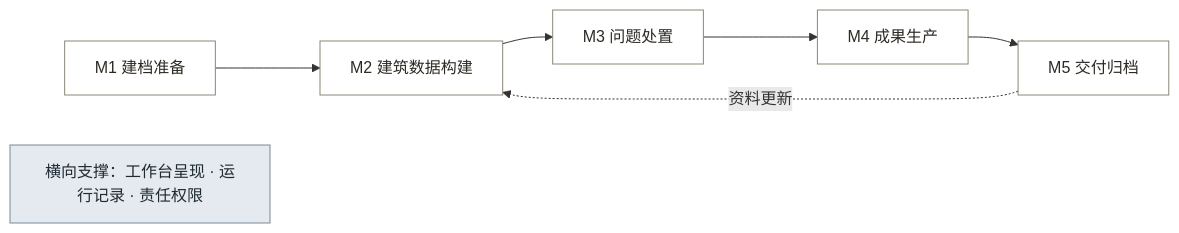
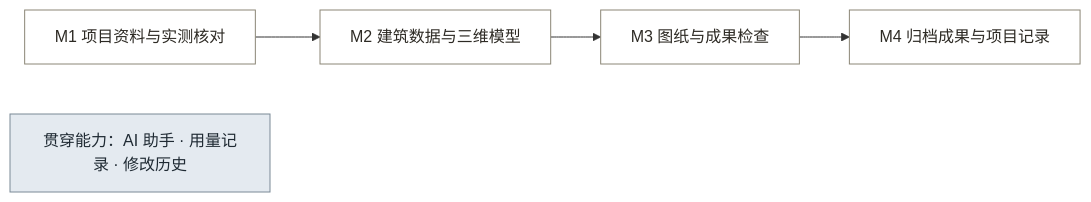
The third of 3 diagrams in 文档/01_产品/01_核心PRD.md (jiajiajiang91-design/heritage-survey-workbench), drawn with Mermaid before and after one commit. The commit also changed other lines of this file and 27 other files, not shown here.

````diff
--- a/文档/01_产品/01_核心PRD.md
+++ b/文档/01_产品/01_核心PRD.md
@@ -232,15 +210,12 @@
 ```mermaid
 flowchart LR
-    M1["M1 建档准备"] --> M2["M2 建筑数据构建"]
-    M2 --> M3["M3 问题处置"]
-    M3 --> M4["M4 成果生产"]
-    M4 --> M5["M5 交付归档"]
-    M5 -.资料更新.-> M2
+    M1["M1 项目资料与实测核对"] --> M2["M2 建筑数据与三维模型"]
+    M2 --> M3["M3 图纸与成果检查"]
+    M3 --> M4["M4 归档成果与项目记录"]
+    C["贯穿能力：AI 助手 · 用量记录 · 修改历史"]
 
-    S["横向支撑：工作台呈现 · 运行记录 · 责任权限"]
-
-    classDef mod fill:#FFFFFF,stroke:#8B8676,color:#2D2A24
-    classDef sup fill:#E4EAF0,stroke:#7A8996,color:#1F2A33
-    class M1,M2,M3,M4,M5 mod
-    class S sup
+    classDef module fill:#FFFFFF,stroke:#8B8676,color:#2D2A24
+    classDef common fill:#E4EAF0,stroke:#7A8996,color:#1F2A33
+    class M1,M2,M3,M4 module
+    class C common
 ```
````
